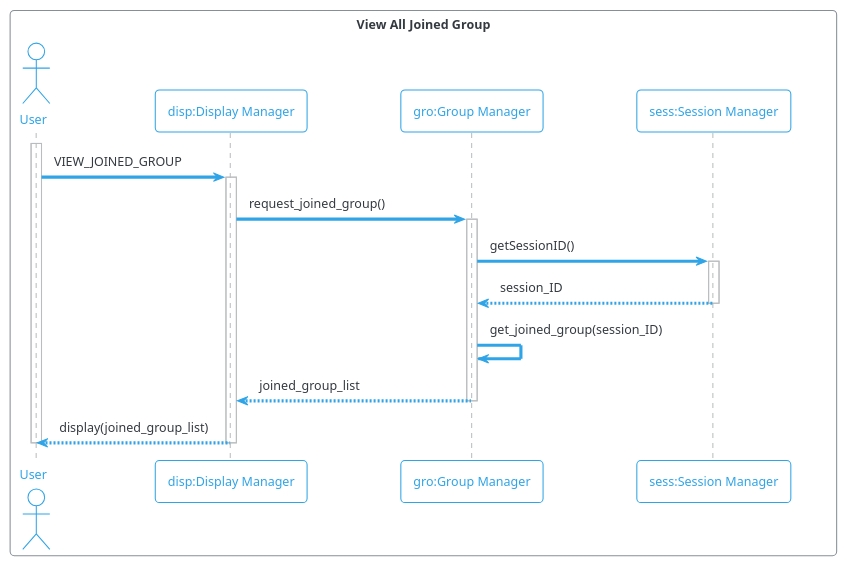
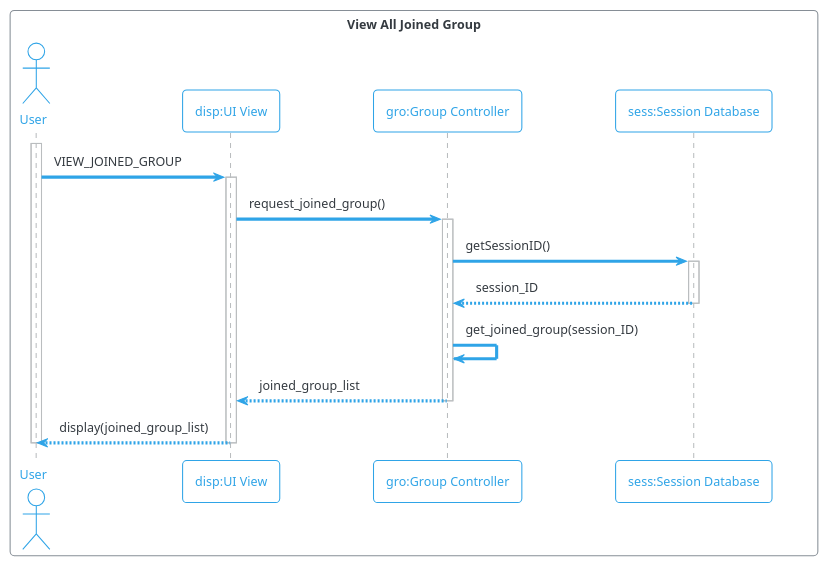
One commit to md-y/3354-splitsquad changed the diagram in Sequence Diagrams/Squad/ViewJoinedGroups.puml. Above: the diagram before and after it, drawn with PlantUML. The commit also changed 39 other files, not shown here.

Commit message:
Fixed Sequence Diagram to add Database, Controller, and UI

```diff
--- a/Sequence Diagrams/Squad/ViewJoinedGroups.puml
+++ b/Sequence Diagrams/Squad/ViewJoinedGroups.puml
@@ -1,18 +1,18 @@
 @startuml
 !theme cerulean-outline
 box "View All Joined Group"
 actor "User" as user
-participant "disp:Display Manager" as disp
-participant "gro:Group Manager" as gro
-participant "sess:Session Manager" as sess
+participant "disp:UI View" as disp
+participant "gro:Group Controller" as gro
+participant "sess:Session Database" as sess
 end box
 activate user
 user -> disp ++ : VIEW_JOINED_GROUP
 disp -> gro ++ : request_joined_group()
 gro -> sess ++ : getSessionID()
 sess --> gro -- : session_ID
 gro -> gro : get_joined_group(session_ID)
 gro --> disp -- : joined_group_list
 disp --> user -- : display(joined_group_list) 
 deactivate user
 @enduml
```
